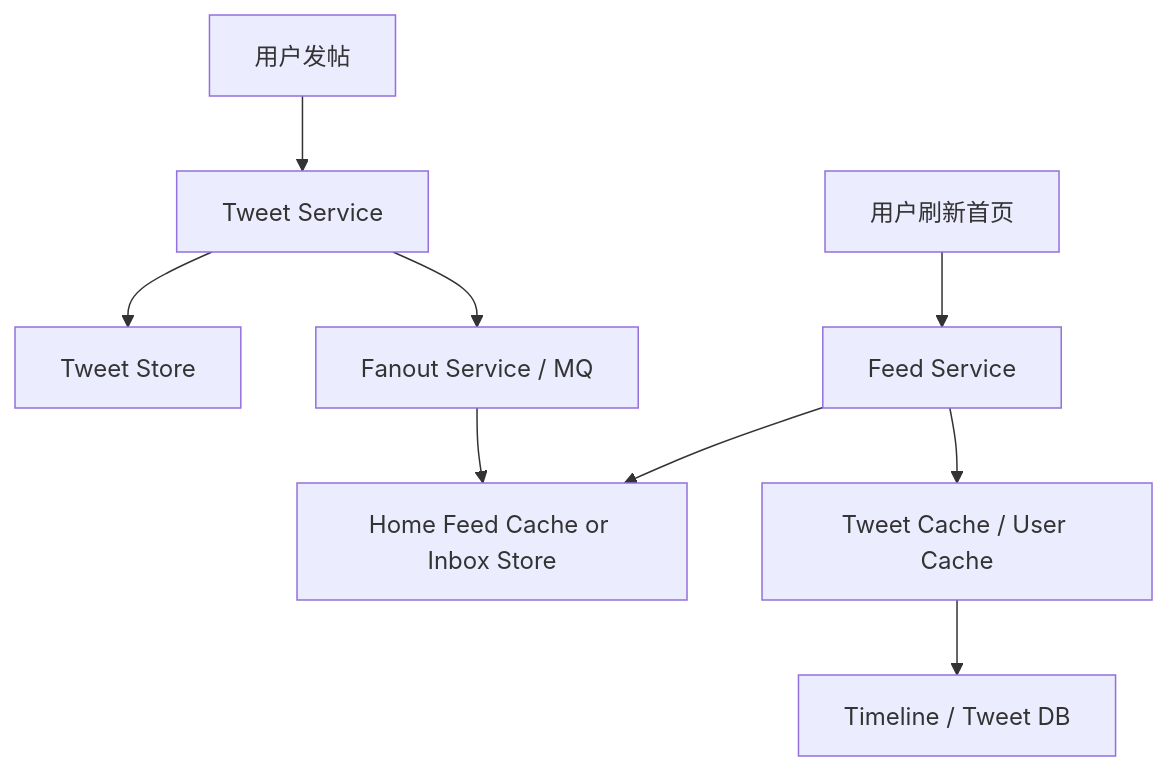
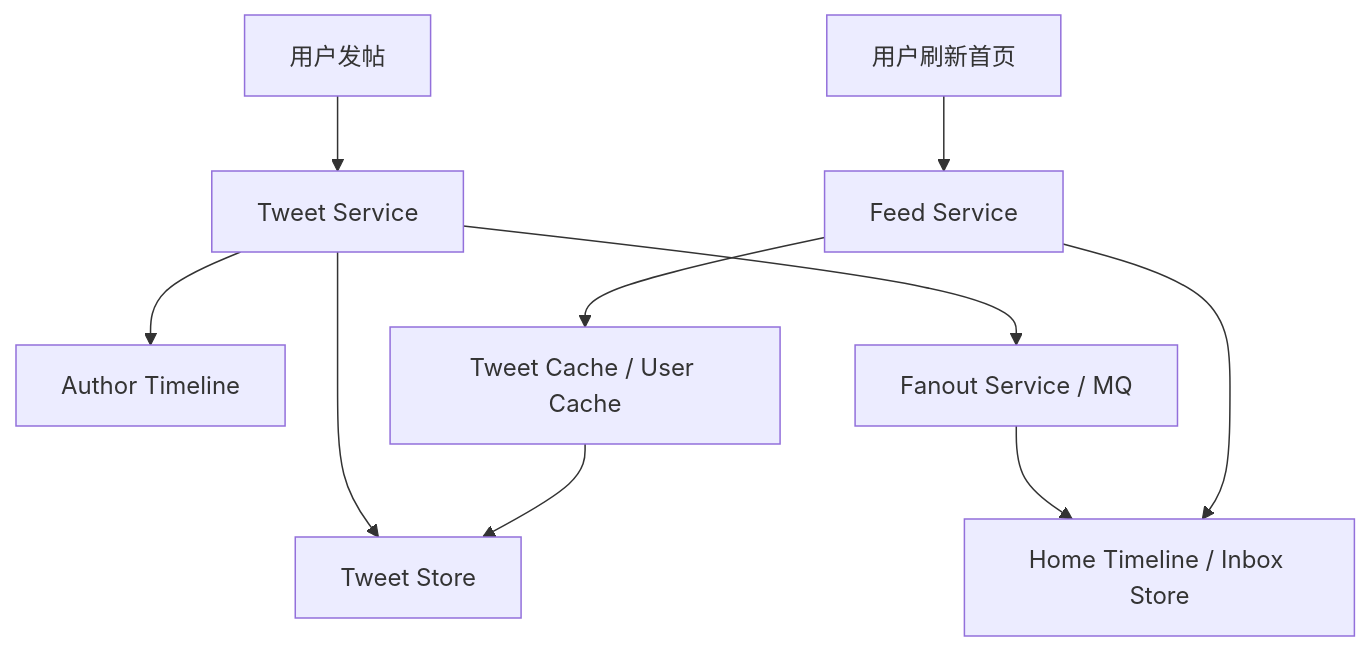
One commit to qxq1997/learning_stuff changed the first of 2 diagrams in 系统设计/07_社交类题型：Feed、Timeline、聊天.md. Above: the diagram before and after it, drawn with Mermaid. The commit also changed other lines of this file and 20 other files, not shown here.

````diff
--- a/系统设计/07_社交类题型：Feed、Timeline、聊天.md
+++ b/系统设计/07_社交类题型：Feed、Timeline、聊天.md
@@ -59,11 +102,12 @@
 ```mermaid
 flowchart TD
     A["用户发帖"] --> B["Tweet Service"]
     B --> C["Tweet Store"]
-    B --> D["Fanout Service / MQ"]
-    D --> E["Home Feed Cache or Inbox Store"]
-    F["用户刷新首页"] --> G["Feed Service"]
-    G --> E
-    G --> H["Tweet Cache / User Cache"]
-    H --> I["Timeline / Tweet DB"]
+    B --> D["Author Timeline"]
+    B --> E["Fanout Service / MQ"]
+    E --> F["Home Timeline / Inbox Store"]
+    G["用户刷新首页"] --> H["Feed Service"]
+    H --> F
+    H --> I["Tweet Cache / User Cache"]
+    I --> C
 ```
````
